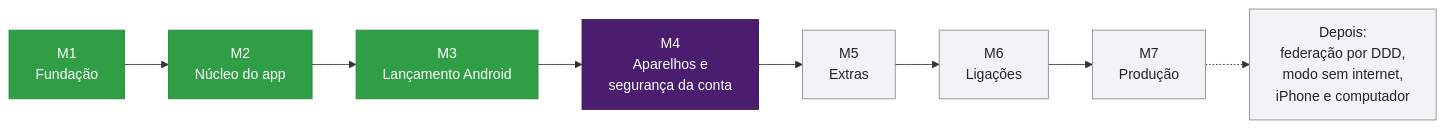
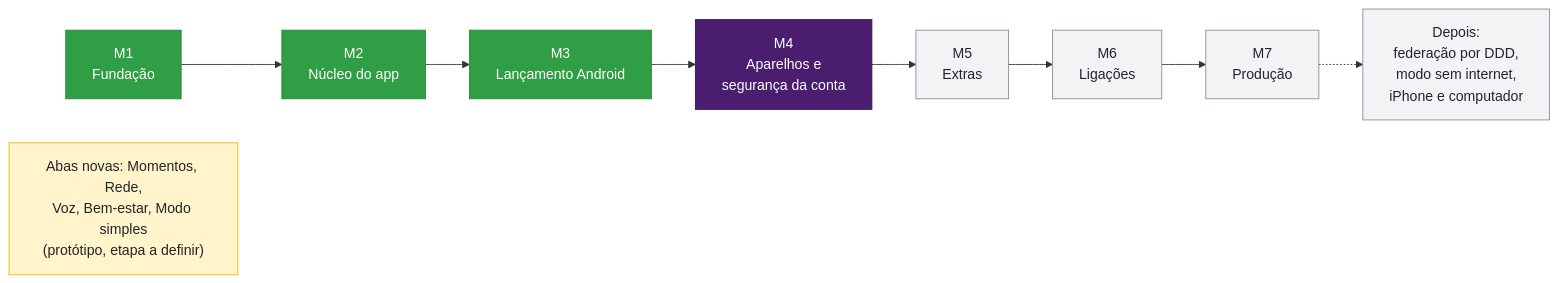
Before and after one commit to kaiomp/alo: the first of 2 diagrams in docs/roadmap.md, drawn with Mermaid. The commit also changed other lines of this file and 2 other files, not shown here.

First line of the commit message:
Update the README, roadmap and FAQ for new contributors

````diff
--- a/docs/roadmap.md
+++ b/docs/roadmap.md
@@ -10,17 +15,20 @@
 ```mermaid
 flowchart LR
   M1["M1<br/>Fundação"] --> M2["M2<br/>Núcleo do app"]
   M2 --> M3["M3<br/>Lançamento Android"]
   M3 --> M4["M4<br/>Aparelhos e<br/>segurança da conta"]
   M4 --> M5["M5<br/>Extras"]
   M5 --> M6["M6<br/>Ligações"]
   M6 --> M7["M7<br/>Produção"]
   M7 -.-> F["Depois:<br/>federação por DDD,<br/>modo sem internet,<br/>iPhone e computador"]
+  P["Abas novas: Momentos, Rede,<br/>Voz, Bem-estar, Modo simples<br/>(protótipo, etapa a definir)"]
 
   classDef pronto fill:#2f9e44,stroke:#2b8a3e,color:#ffffff
-  classDef proxima fill:#4A1D6E,stroke:#34124F,color:#ffffff
+  classDef andamento fill:#4A1D6E,stroke:#34124F,color:#ffffff
   classDef planejada fill:#f1f3f5,stroke:#868e96,color:#212529
+  classDef prototipo fill:#FFF4CC,stroke:#F5B700,color:#212529
   class M1,M2,M3 pronto
-  class M4 proxima
+  class M4 andamento
   class M5,M6,M7,F planejada
+  class P prototipo
 ```
````
